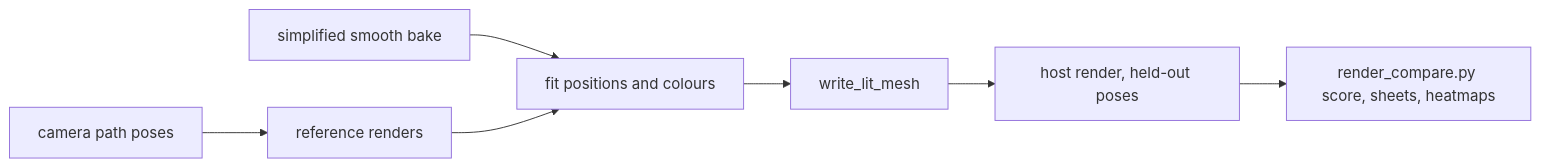
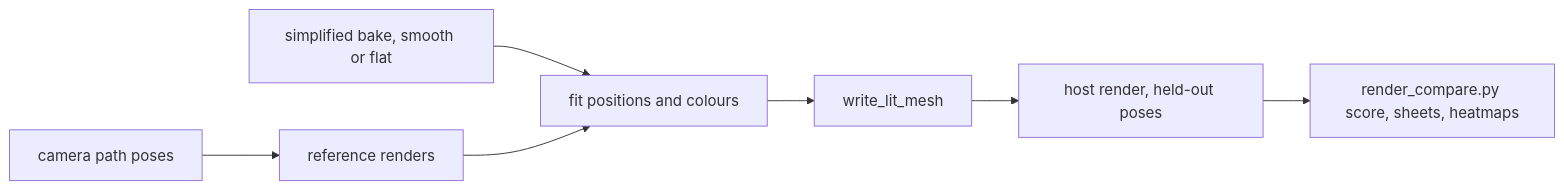
The second of 3 diagrams in docs/render/Scene-Files.md (jose-villegas/autana), drawn with Mermaid before and after one commit. The commit also changed other lines of this file and 8 other files, not shown here.

Commit message:
docs: flat fit review fixes - caption order, one owner per fact, helper catalogue

````diff
--- a/docs/render/Scene-Files.md
+++ b/docs/render/Scene-Files.md
@@ -411,9 +411,9 @@
 ```mermaid
 flowchart LR
-    S[simplified smooth bake] --> F[fit positions and colours]
+    S[simplified bake, smooth or flat] --> F[fit positions and colours]
     P[camera path poses] --> R[reference renders]
     R --> F
     F --> W[write_lit_mesh]
     W --> H[host render, held-out poses]
     H --> C[render_compare.py score, sheets, heatmaps]
 ```
````
